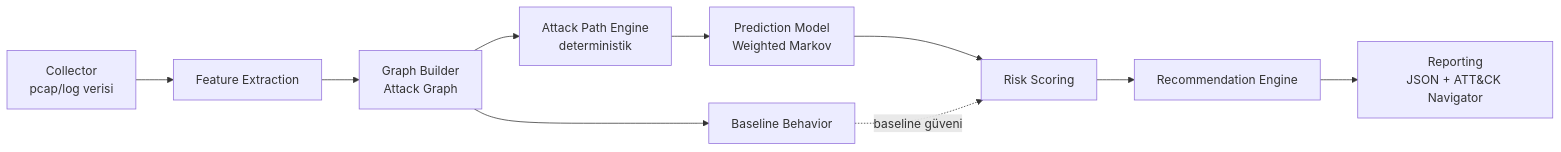
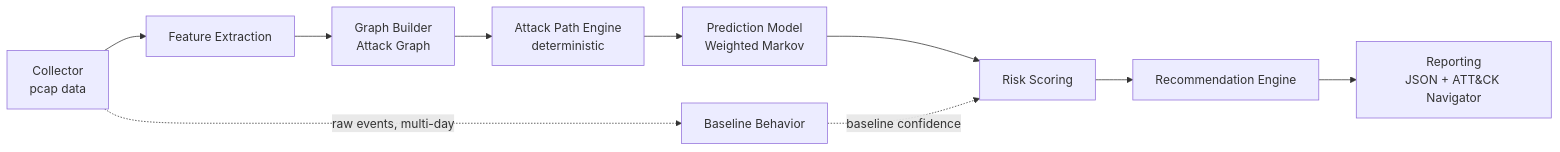
Before and after one commit to furkanulusoy/sentinelpath-ai: the diagram in README.md, drawn with Mermaid. The commit also changed other lines of this file and 1 other file, not shown here.

````diff
--- a/README.md
+++ b/README.md
@@ -39,12 +37,12 @@
 ```mermaid
 flowchart LR
-    A[Collector<br/>pcap/log verisi] --> B[Feature Extraction]
+    A[Collector<br/>pcap data] --> B[Feature Extraction]
     B --> C[Graph Builder<br/>Attack Graph]
-    C --> D[Baseline Behavior]
-    C --> E[Attack Path Engine<br/>deterministik]
+    A -.raw events, multi-day.-> D[Baseline Behavior]
+    C --> E[Attack Path Engine<br/>deterministic]
     E --> F[Prediction Model<br/>Weighted Markov]
     F --> G[Risk Scoring]
-    D -.baseline güveni.-> G
+    D -.baseline confidence.-> G
     G --> H[Recommendation Engine]
     H --> I[Reporting<br/>JSON + ATT&CK Navigator]
 ```
````
